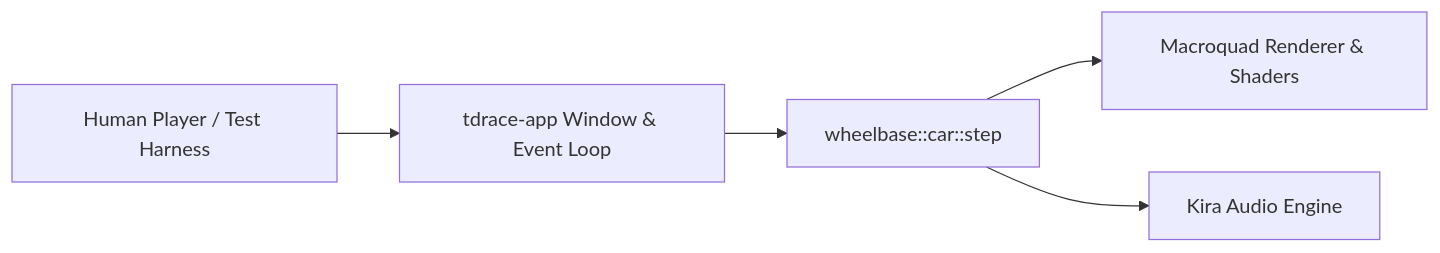
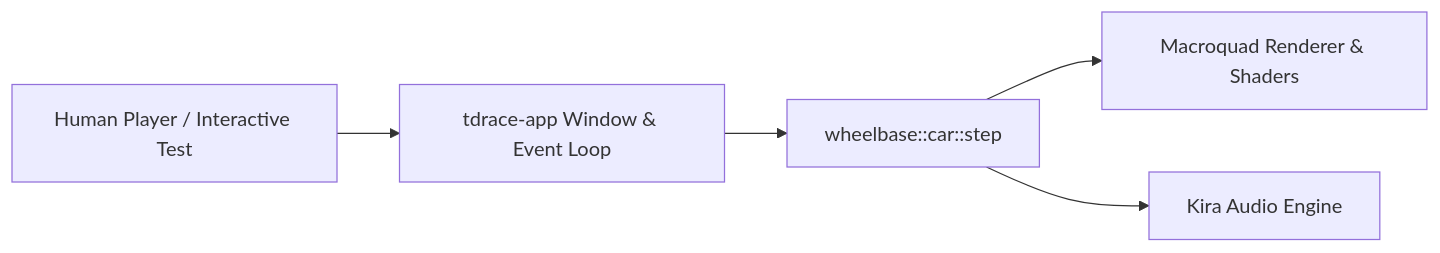
One commit to magomar/tdrace changed the first of 2 diagrams in specs/010_surface_car_interaction_simulation.md. Above: the diagram before and after it, drawn with Mermaid. The commit also changed other lines of this file and 1 other file, not shown here.

````diff
--- a/specs/010_surface_car_interaction_simulation.md
+++ b/specs/010_surface_car_interaction_simulation.md
@@ -24,7 +24,7 @@
 ```mermaid
 graph LR
-    A[Human Player / Test Harness] --> B[tdrace-app Window & Event Loop]
+    A[Human Player / Interactive Test] --> B[tdrace-app Window & Event Loop]
     B --> C[wheelbase::car::step]
     C --> D[Macroquad Renderer & Shaders]
     C --> E[Kira Audio Engine]
 ```
````
